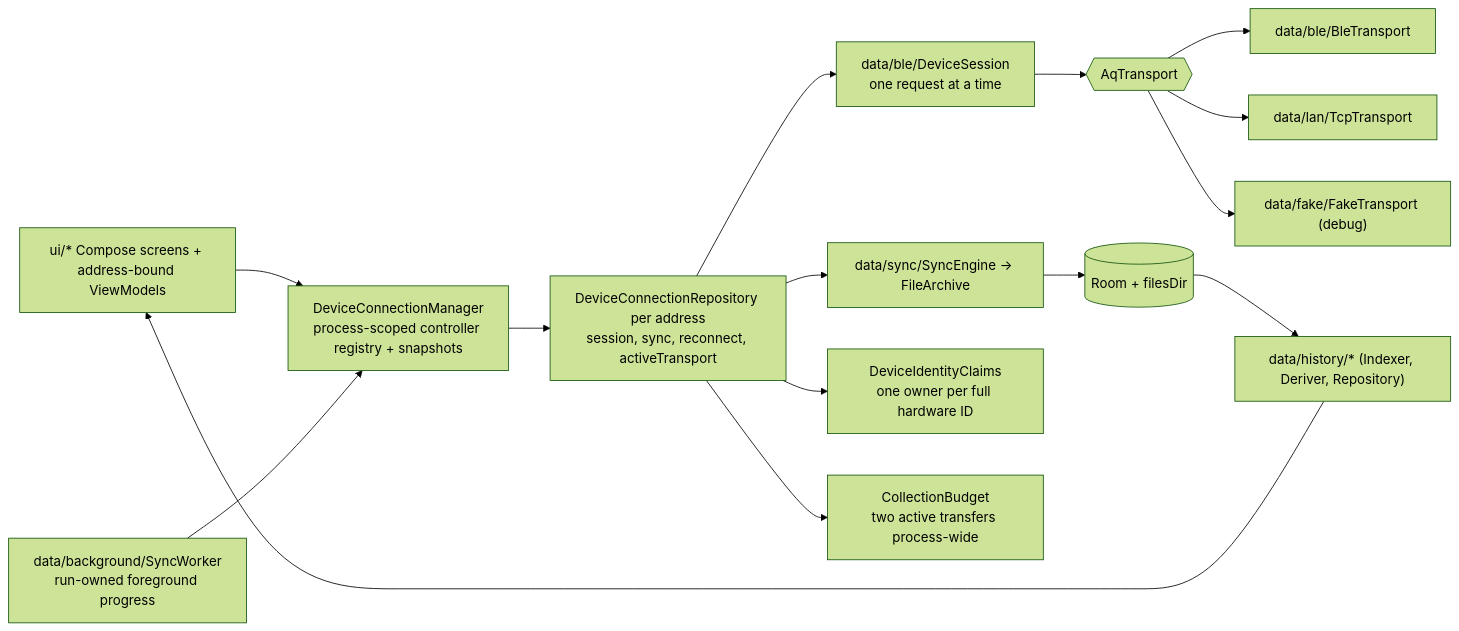
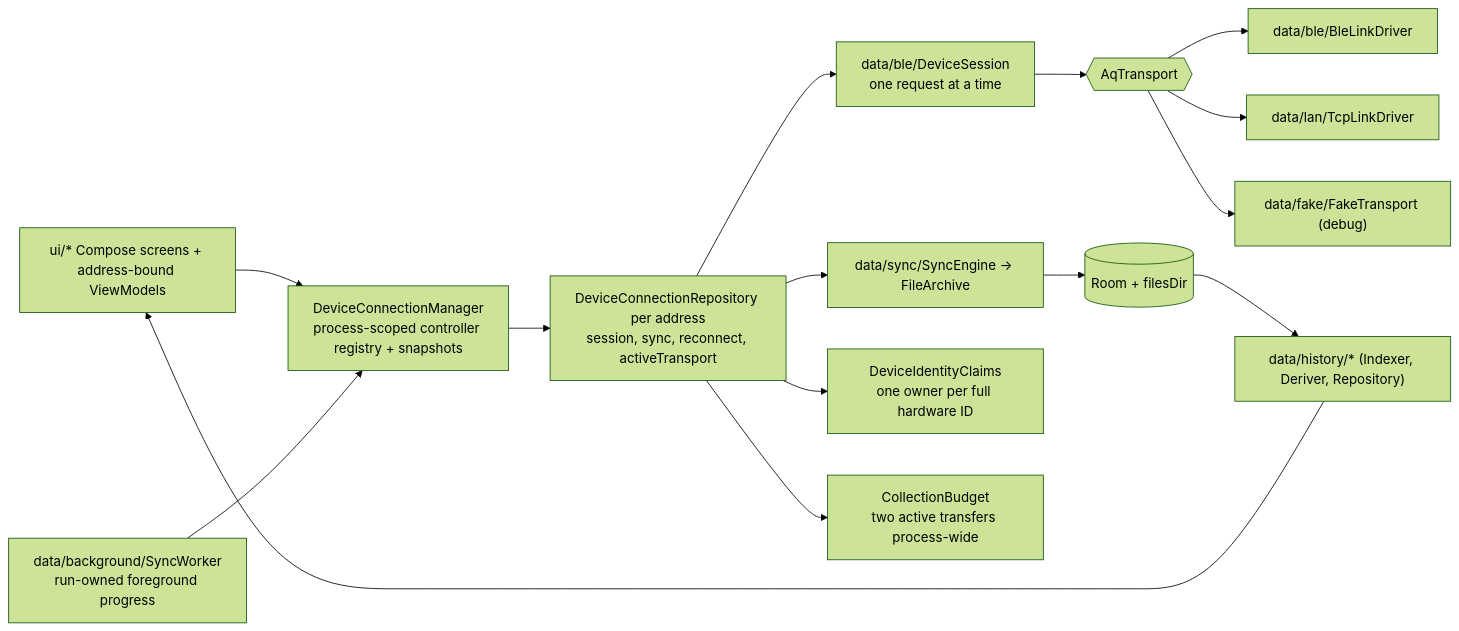
The third of 3 diagrams in docs/architecture.md (walkthru-earth/opensensor-space-mobile), drawn with Mermaid (forest theme) before and after one commit. The commit also changed other lines of this file and 34 other files, not shown here.

````diff
--- a/docs/architecture.md
+++ b/docs/architecture.md
@@ -140,17 +140,17 @@
 ```mermaid
 flowchart LR
   UI["ui/* Compose screens + address-bound ViewModels"] --> MANAGER["DeviceConnectionManager<br/>process-scoped controller registry + snapshots"]
   MANAGER --> REPO["DeviceConnectionRepository per address<br/>session, sync, reconnect, activeTransport"]
   REPO --> SESS["data/ble/DeviceSession<br/>one request at a time"]
   SESS --> TR{{"AqTransport"}}
-  TR --> BLE["data/ble/BleTransport"]
-  TR --> LAN["data/lan/TcpTransport"]
+  TR --> BLE["data/ble/BleLinkDriver"]
+  TR --> LAN["data/lan/TcpLinkDriver"]
   TR --> FAKE["data/fake/FakeTransport (debug)"]
   REPO --> SYNC["data/sync/SyncEngine → FileArchive"]
   SYNC --> ROOM[("Room + filesDir")]
   ROOM --> HIST["data/history/* (Indexer, Deriver, Repository)"]
   HIST --> UI
   WORK["data/background/SyncWorker<br/>run-owned foreground progress"] --> MANAGER
   REPO --> CLAIM["DeviceIdentityClaims<br/>one owner per full hardware ID"]
   REPO --> BUDGET["CollectionBudget<br/>two active transfers process-wide"]
 ```
````
